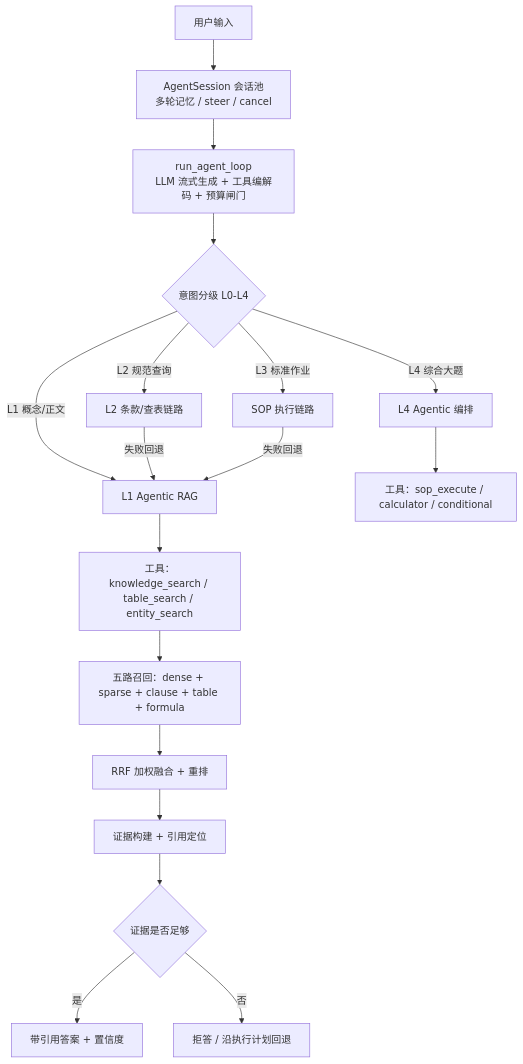
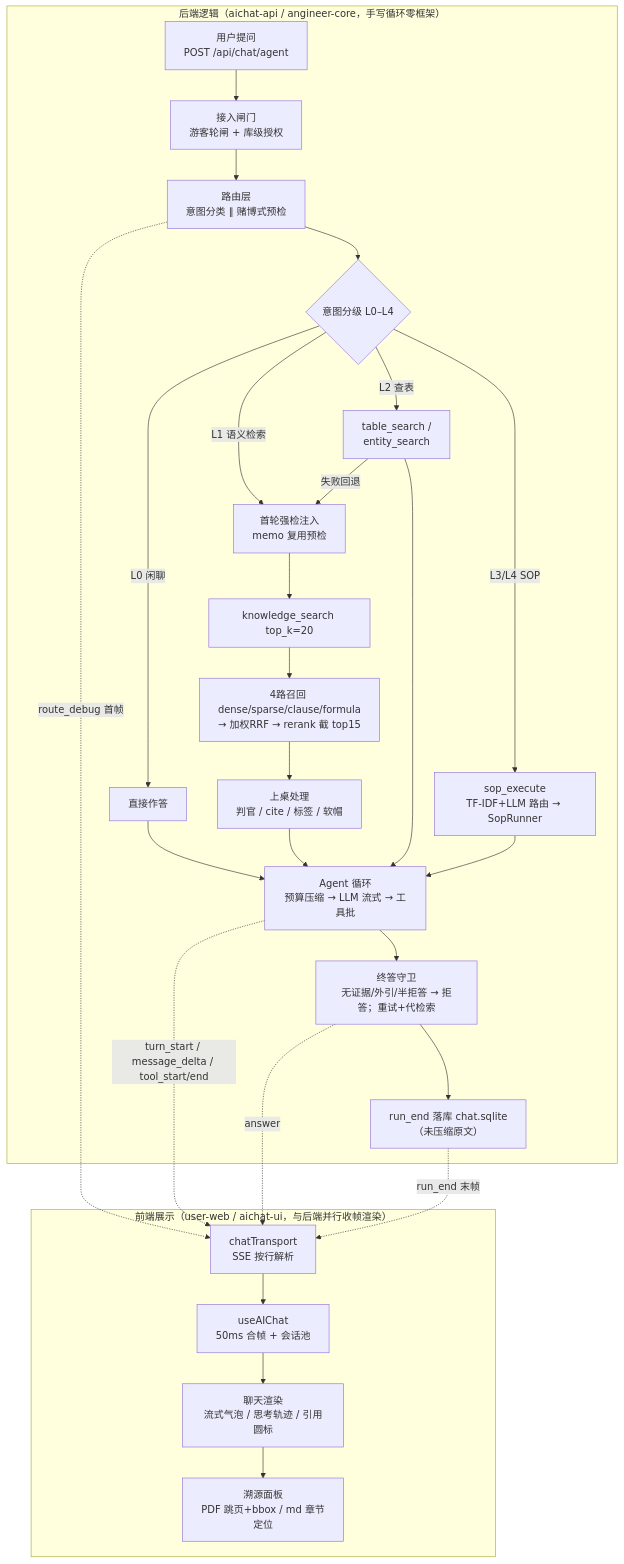
Before and after one commit to 0mao0/AnGIneer: the fifth of 8 diagrams in README.md, drawn with Mermaid. The commit also changed other lines of this file and 4 other files, not shown here.

Commit message:
feat(admin-web): 链路架构图 /arch——VueFlow 后端/前端双列+SSE 总线纵条，意图线默认收起点击展开；左栏问题清单(P1-P7)+参考文献两个折叠区，图例浮于画布右下角；节点抽屉详情带 file:line 锚点；README §1.3 mermaid 同步升级为前后端双子图版

````diff
--- a/README.md
+++ b/README.md
@@ -162,20 +162,28 @@
 ```mermaid
 flowchart TB
-    U["用户输入"] --> S["AgentSession 会话池<br/>多轮记忆 / steer / cancel"]
-    S --> L["run_agent_loop<br/>LLM 流式生成 + 工具编解码 + 预算闸门"]
-    L --> C{"意图分级 L0-L4"}
-    C -->|"L1 概念/正文"| A1["L1 Agentic RAG"]
-    C -->|"L2 规范查询"| A2["L2 条款/查表链路"]
-    C -->|"L3 标准作业"| A3["SOP 执行链路"]
-    C -->|"L4 综合大题"| A4["L4 Agentic 编排"]
-    A2 -->|"失败回退"| A1
-    A3 -->|"失败回退"| A1
-    A1 --> T["工具：knowledge_search / table_search / entity_search"]
-    A4 --> T2["工具：sop_execute / calculator / conditional"]
-    T --> R["五路召回：dense + sparse + clause + table + formula"]
-    R --> F2["RRF 加权融合 + 重排"]
-    F2 --> E["证据构建 + 引用定位"]
-    E --> G{"证据是否足够"}
-    G -->|"是"| Ans["带引用答案 + 置信度"]
-    G -->|"否"| Ref["拒答 / 沿执行计划回退"]
+    subgraph BE["后端逻辑（aichat-api / angineer-core，手写循环零框架）"]
+        U["用户提问<br/>POST /api/chat/agent"] --> GATE["接入闸门<br/>游客轮闸 + 库级授权"]
+        GATE --> ROUTE["路由层<br/>意图分类 ∥ 赌博式预检"]
+        ROUTE --> LEVEL{"意图分级 L0–L4"}
+        LEVEL -->|"L0 闲聊"| L0["直接作答"]
+        LEVEL -->|"L1 语义检索"| INJ["首轮强检注入<br/>memo 复用预检"]
+        INJ --> KS["knowledge_search top_k=20"]
+        KS --> PIPE["4路召回 dense/sparse/clause/formula<br/>→ 加权RRF → rerank 截 top15"]
+        PIPE --> TABLE["上桌处理<br/>判官 / cite / 标签 / 软帽"]
+        LEVEL -->|"L2 查表"| TS["table_search /<br/>entity_search"]
+        TS -->|"失败回退"| INJ
+        LEVEL -->|"L3/L4 SOP"| SOP["sop_execute<br/>TF-IDF+LLM 路由 → SopRunner"]
+        L0 & TABLE & TS & SOP --> LOOP["Agent 循环<br/>预算压缩 → LLM 流式 → 工具批"]
+        LOOP --> GUARD["终答守卫<br/>无证据/外引/半拒答 → 拒答；重试+代检索"]
+        GUARD --> ENDN["run_end 落库 chat.sqlite<br/>（未压缩原文）"]
+    end
+    subgraph FE["前端展示（user-web / aichat-ui，与后端并行收帧渲染）"]
+        TRANS["chatTransport<br/>SSE 按行解析"] --> STATE["useAIChat<br/>50ms 合帧 + 会话池"]
+        STATE --> REND["聊天渲染<br/>流式气泡 / 思考轨迹 / 引用圆标"]
+        REND --> DOC["溯源面板<br/>PDF 跳页+bbox / md 章节定位"]
+    end
+    ROUTE -.->|"route_debug 首帧"| TRANS
+    LOOP -.->|"turn_start / message_delta / tool_start/end"| TRANS
+    GUARD -.->|"answer"| TRANS
+    ENDN -.->|"run_end 末帧"| TRANS
 ```
````
